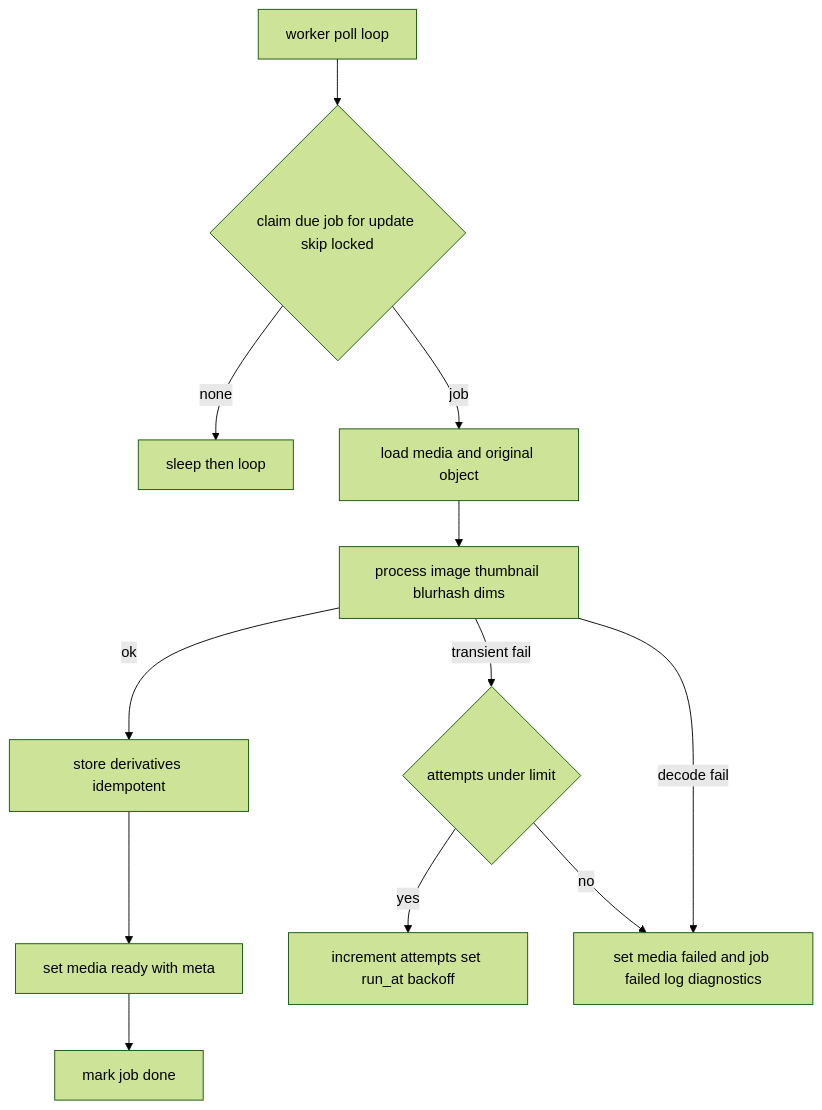
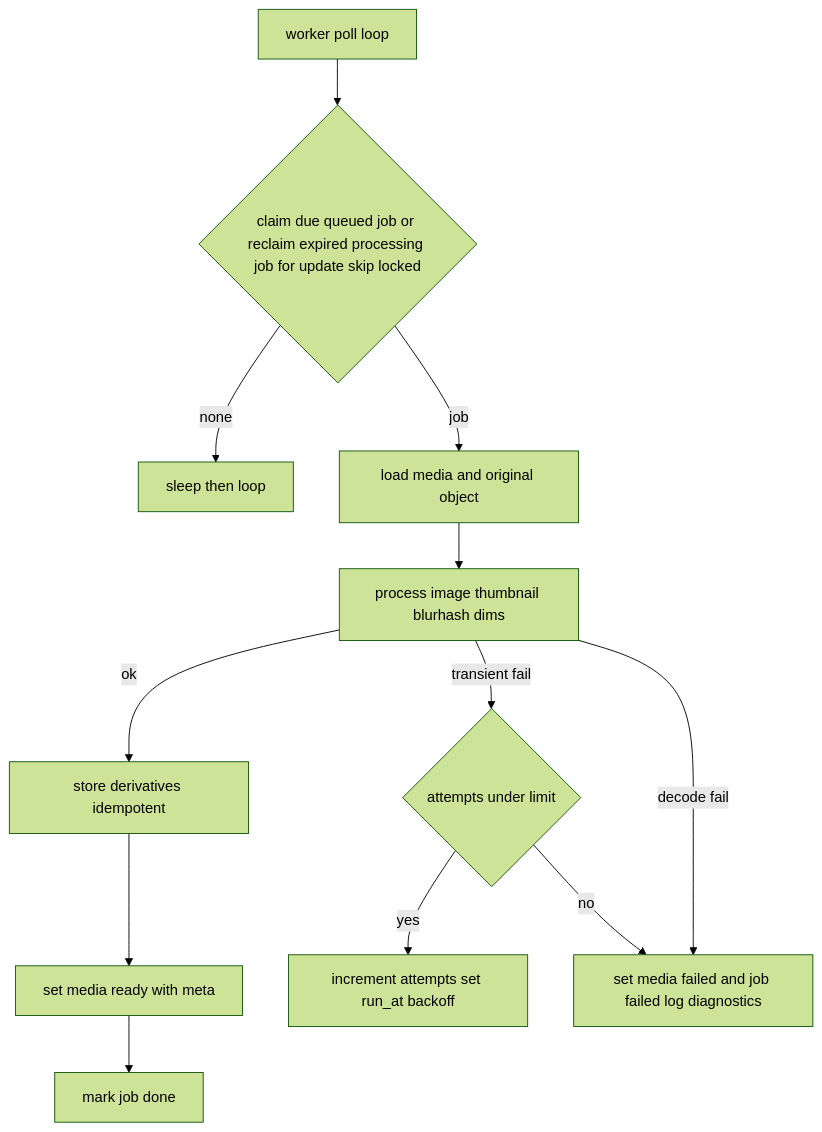
Before and after one commit to mat-der-D/kawasemi: the third of 4 diagrams in .kiro/specs/media-pipeline/design.md, drawn with Mermaid (forest theme). The commit also changed other lines of this file and 10 other files, not shown here.

````diff
--- a/.kiro/specs/media-pipeline/design.md
+++ b/.kiro/specs/media-pipeline/design.md
@@ -208,14 +208,14 @@
 ```mermaid
 flowchart TD
-    Loop[worker poll loop] --> Claim{claim due job for update skip locked}
+    Loop[worker poll loop] --> Claim{claim due queued job or reclaim expired processing job for update skip locked}
     Claim -->|none| Wait[sleep then loop]
     Claim -->|job| Load[load media and original object]
     Load --> Process[process image thumbnail blurhash dims]
     Process -->|ok| StoreD[store derivatives idempotent]
     StoreD --> Ready[set media ready with meta]
     Ready --> Done[mark job done]
     Process -->|transient fail| Retry{attempts under limit}
     Retry -->|yes| Backoff[increment attempts set run_at backoff]
     Retry -->|no| Failed[set media failed and job failed log diagnostics]
     Process -->|decode fail| Failed
 ```
````
